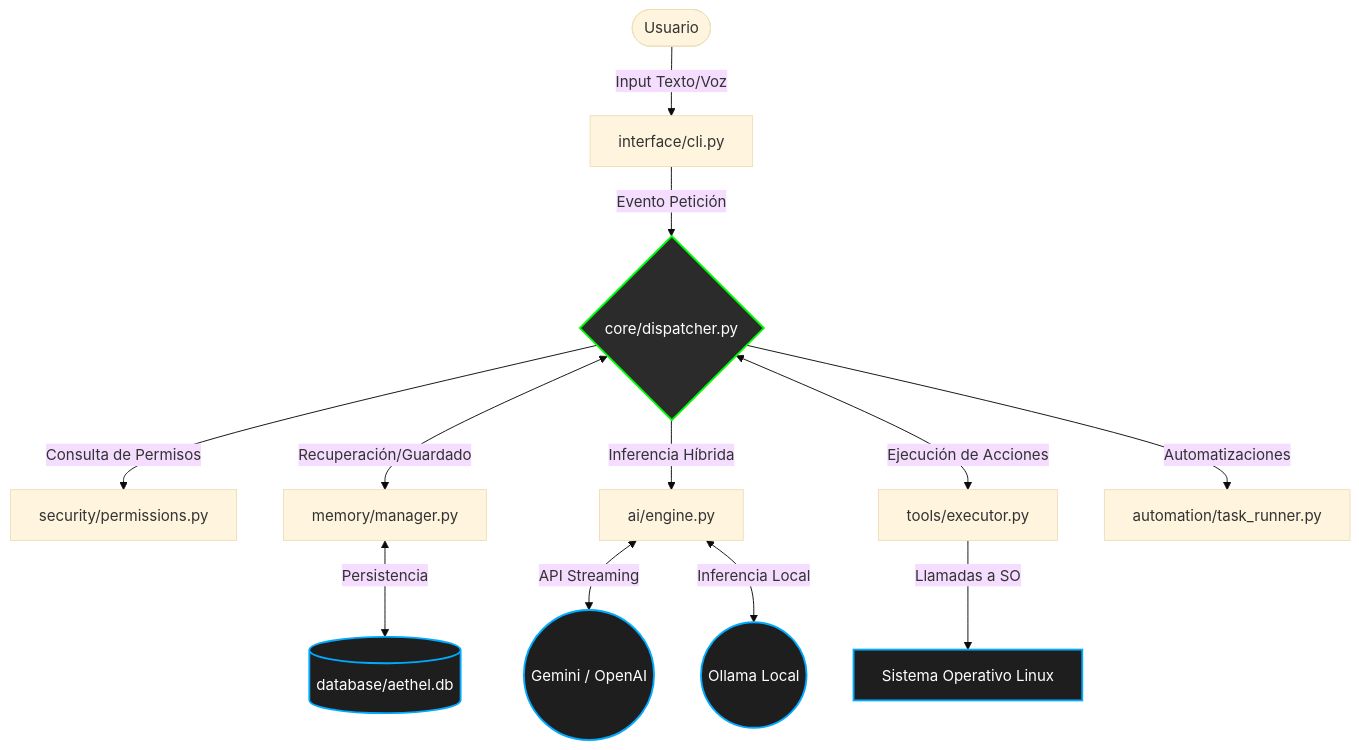
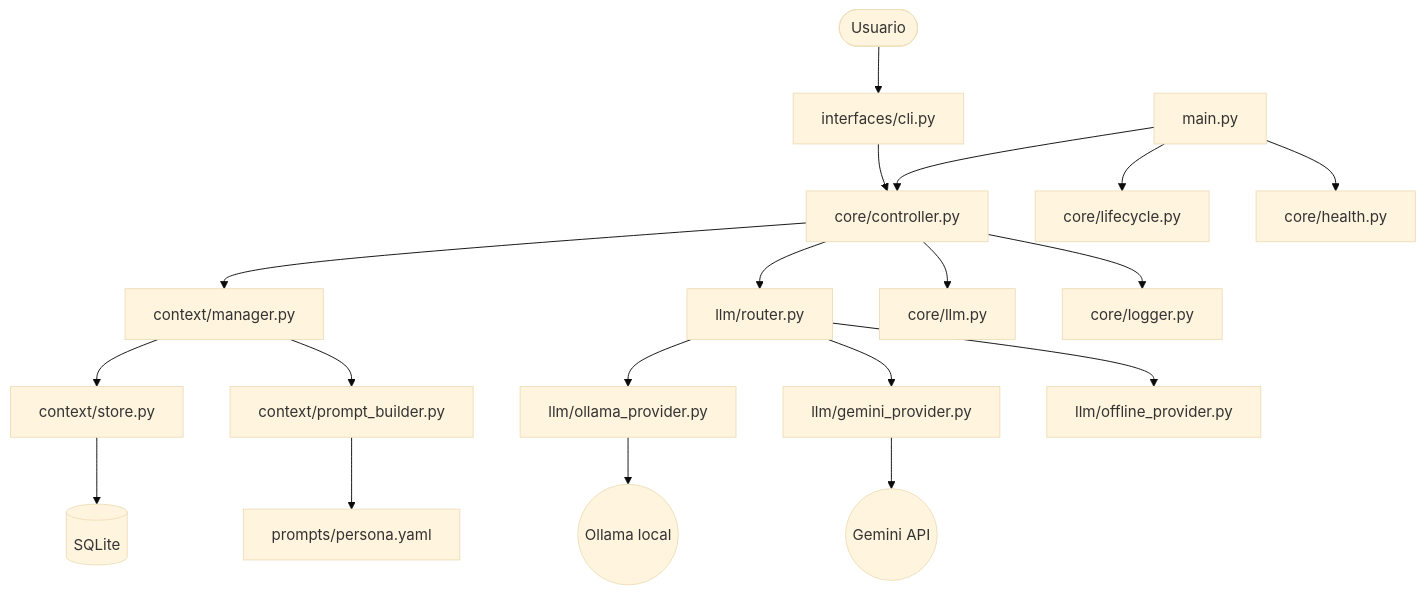
One commit to Jesusdanielseg/A.E.T.H.E.L. changed the diagram in docs/architecture.md. Above: the diagram before and after it, drawn with Mermaid (base theme). The commit also changed other lines of this file and 9 other files, not shown here.

First line of the commit message:
docs: update phase 04 architecture and evaluation

````diff
--- a/docs/architecture.md
+++ b/docs/architecture.md
@@ -16,24 +17,21 @@
 ```mermaid
 graph TD
-    %% Definición de Interfaz y Core
-    U([Usuario]) -->|Input Texto/Voz| INT[interface/cli.py]
-    INT -->|Evento Petición| CORE{core/dispatcher.py}
-  
-    %% Módulos del Sistema
-    CORE -->|Consulta de Permisos| SEC[security/permissions.py]
-    CORE <-->|Recuperación/Guardado| MEM[memory/manager.py]
-    CORE -->|Inferencia Híbrida| AI[ai/engine.py]
-    CORE <-->|Ejecución de Acciones| TOOLS[tools/executor.py]
-    CORE -->|Automatizaciones| AUTO[automation/task_runner.py]
-
-    %% Conexiones Externas
-    MEM <-->|Persistencia| DB[(database/aethel.db)]
-    AI <-->|API Streaming| LLM_CLOUD((Gemini / OpenAI))
-    AI <-->|Inferencia Local| LLM_LOCAL((Ollama Local))
-    TOOLS -->|Llamadas a SO| OS[Sistema Operativo Linux]
-  
-    classDef core fill:#2b2b2b,stroke:#00ff00,stroke-width:2px,color:#fff;
-    classDef external fill:#1e1e1e,stroke:#00aaff,stroke-width:2px,color:#fff;
-    class CORE core;
-    class LLM_CLOUD,LLM_LOCAL,DB,OS external;
+    U([Usuario]) --> CLI[interfaces/cli.py]
+    CLI --> CTRL[core/controller.py]
+    CTRL --> CTX[context/manager.py]
+    CTX --> STORE[context/store.py]
+    STORE --> DB[(SQLite)]
+    CTX --> PROMPT[context/prompt_builder.py]
+    PROMPT --> PERSONA[prompts/persona.yaml]
+    CTRL --> ROUTER[llm/router.py]
+    ROUTER --> OLLAMA[llm/ollama_provider.py]
+    ROUTER --> GEMINI[llm/gemini_provider.py]
+    ROUTER --> OFFLINE[llm/offline_provider.py]
+    OLLAMA --> OLLAMA_SVC((Ollama local))
+    GEMINI --> GEMINI_API((Gemini API))
+    CTRL --> BUDGET[core/llm.py]
+    CTRL --> LOG[core/logger.py]
+    MAIN[main.py] --> CTRL
+    MAIN --> LIFECYCLE[core/lifecycle.py]
+    MAIN --> HEALTH[core/health.py]
 ```
````
